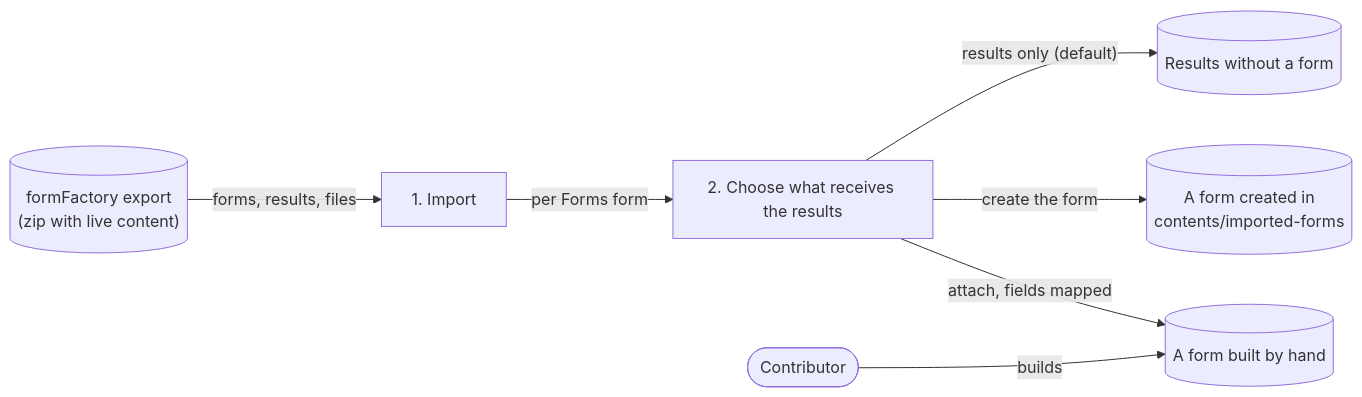
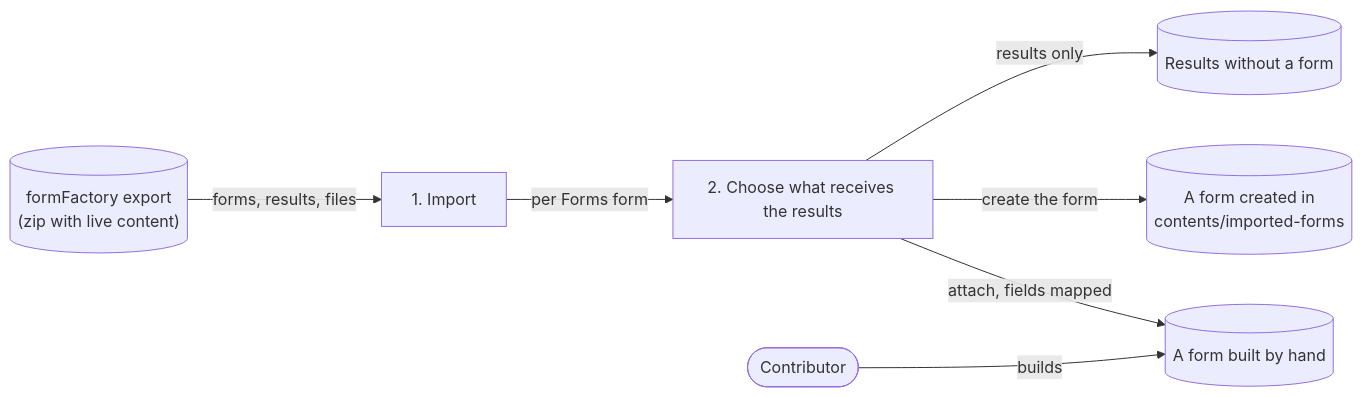
One commit to Jahia/formidable changed the first of 3 diagrams in docs/architecture/forms-import.md. Above: the diagram before and after it, drawn with Mermaid. The commit also changed other lines of this file and 13 other files, not shown here.

````diff
--- a/docs/architecture/forms-import.md
+++ b/docs/architecture/forms-import.md
@@ -17,17 +17,17 @@
 ```mermaid
 flowchart LR
     export[("formFactory export<br/>(zip with live content)")]
     it1["1. Import"]
     it2["2. Choose what receives the results"]
     forms[("A form created in<br/>contents/imported-forms")]
     alone[("Results without a form")]
     contributor(["Contributor"])
     hand[("A form built by hand")]
 
     export -- "forms, results, files" --> it1
     it1 -- "per Forms form" --> it2
-    it2 -- "results only (default)" --> alone
+    it2 -- "results only" --> alone
     it2 -- "create the form" --> forms
     contributor -- "builds" --> hand
     it2 -- "attach, fields mapped" --> hand
 ```
````
